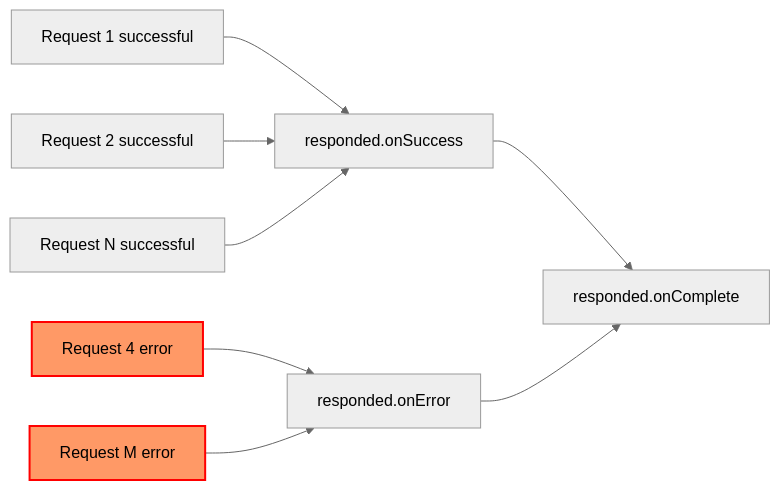
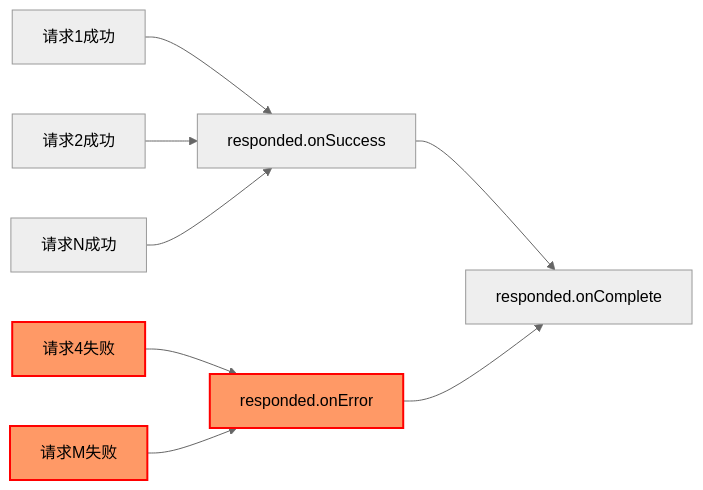
One commit to alovajs/alovajs.github.io changed the second of 2 diagrams in docs/tutorial/02-getting-started/05-global-interceptor.md. Above: the diagram before and after it, drawn with Mermaid (neutral theme). The commit also changed other lines of this file and 246 other files, not shown here.

````diff
--- a/docs/tutorial/02-getting-started/05-global-interceptor.md
+++ b/docs/tutorial/02-getting-started/05-global-interceptor.md
@@ -54,12 +54,12 @@
 ```mermaid
 flowchart LR
   classDef error fill:#f96,stroke:#f00,stroke-width:2px;
 
-  R1[Request 1 successful] --> responded.onSuccess
-  R2[Request 2 successful] --> responded.onSuccess
-  RN[Request N successful] --> responded.onSuccess
-  R4[Request 4 error]:::error --> responded.onError
-  RM[Request M error]:::error --> responded.onError
+  R1[请求1成功] --> responded.onSuccess
+  R2[请求2成功] --> responded.onSuccess
+  RN[请求N成功] --> responded.onSuccess
+  R4[请求4失败]:::error --> responded.onError:::error
+  R5[请求M失败]:::error --> responded.onError:::error
   responded.onSuccess --> responded.onComplete
   responded.onError --> responded.onComplete
 ```
````
